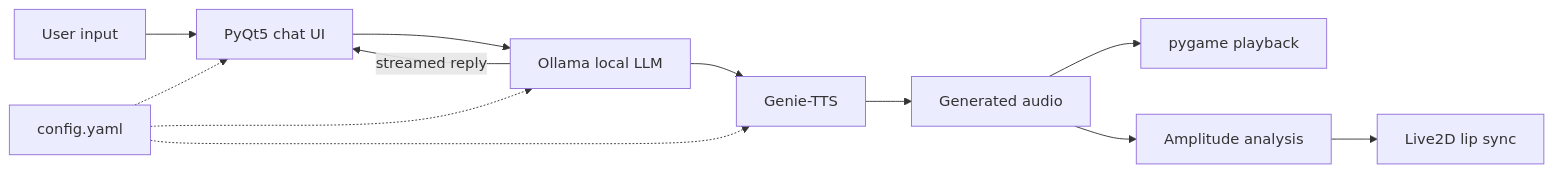
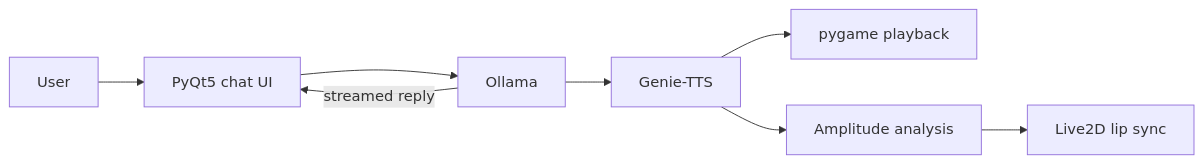
One commit to Edenmzpy/ATRI_Chatbot changed the diagram in README.md. Above: the diagram before and after it, drawn with Mermaid. The commit also changed other lines of this file and 41 other files, not shown here.

````diff
--- a/README.md
+++ b/README.md
@@ -35,14 +33,10 @@
 ```mermaid
 flowchart LR
-    U[User input] --> UI[PyQt5 chat UI]
-    UI --> LLM[Ollama local LLM]
+    U[User] --> UI[PyQt5 chat UI]
+    UI --> LLM[Ollama]
     LLM -->|streamed reply| UI
     LLM --> TTS[Genie-TTS]
-    TTS --> WAV[Generated audio]
-    WAV --> A[pygame playback]
-    WAV --> S[Amplitude analysis]
+    TTS --> P[pygame playback]
+    TTS --> S[Amplitude analysis]
     S --> V[Live2D lip sync]
-    C[config.yaml] -.-> UI
-    C -.-> LLM
-    C -.-> TTS
 ```
````
